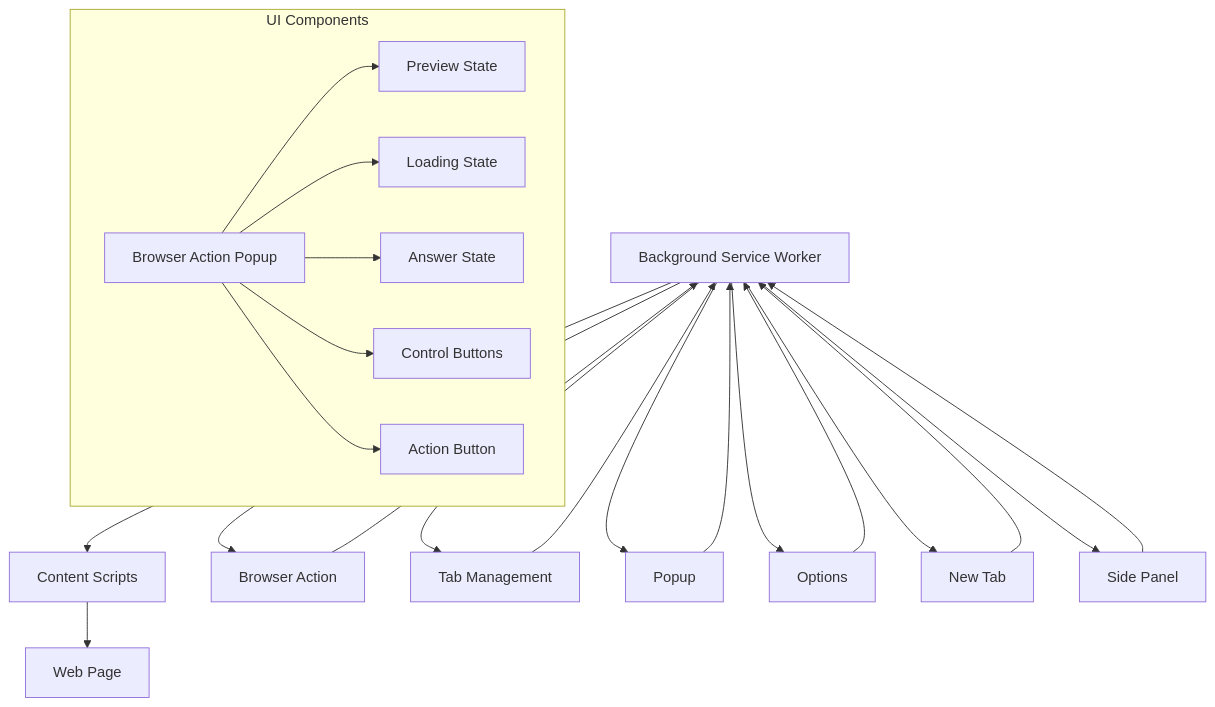
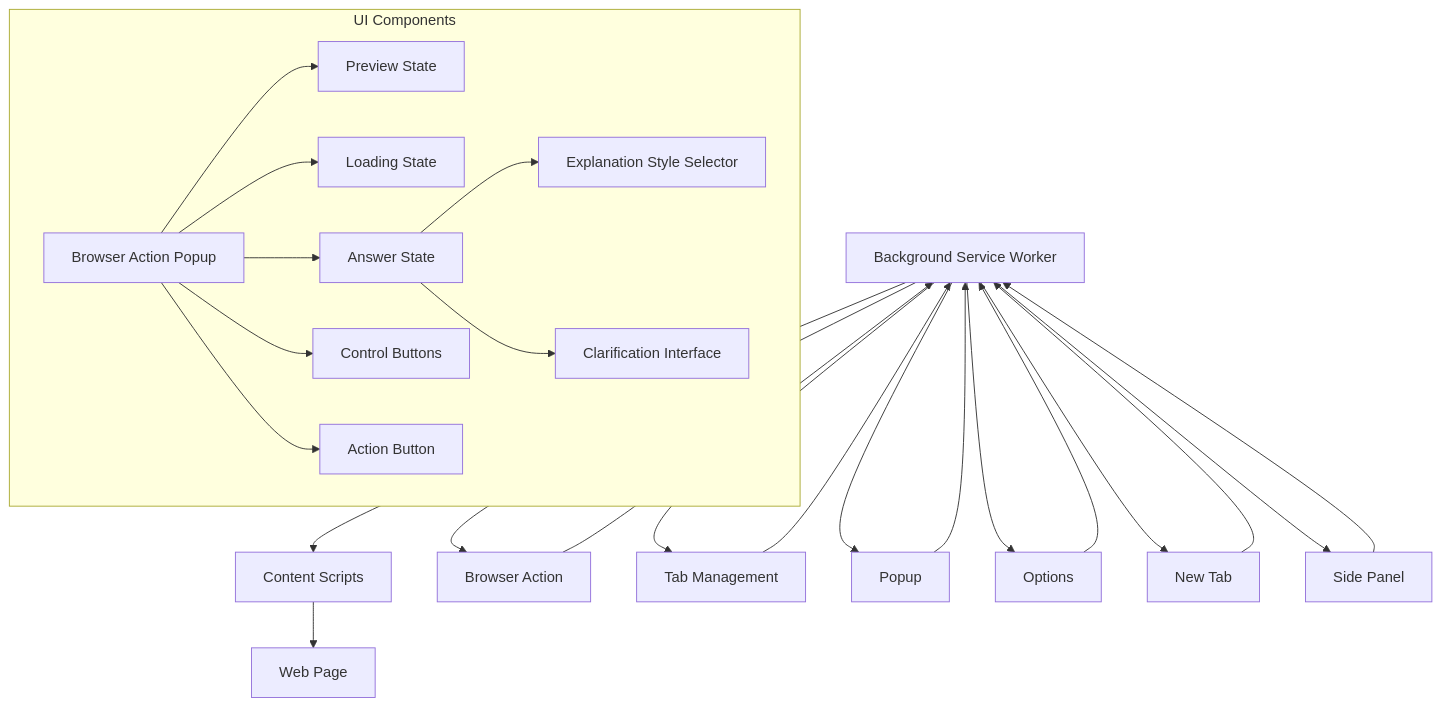
Before and after one commit to denisoed/exara-extension: the diagram in memory-bank/systemPatterns.md, drawn with Mermaid. The commit also changed other lines of this file and 2 other files, not shown here.

Commit message:
refactor: enhance explanation system with new 'analogy' style, optimize message passing

````diff
--- a/memory-bank/systemPatterns.md
+++ b/memory-bank/systemPatterns.md
@@ -109,25 +121,27 @@
 ```mermaid
 graph TD
     A[Background Service Worker] --> B[Content Scripts]
     A --> C[Browser Action]
     A --> D[Tab Management]
     A --> E[Popup]
     A --> F[Options]
     A --> G[New Tab]
     A --> H[Side Panel]
     B --> I[Web Page]
     C --> A
     D --> A
     E --> A
     F --> A
     G --> A
     H --> A
     
     subgraph UI Components
         J[Browser Action Popup] --> K[Preview State]
         J --> L[Loading State]
         J --> M[Answer State]
         J --> N[Control Buttons]
         J --> O[Action Button]
+        M --> P[Explanation Style Selector]
+        M --> Q[Clarification Interface]
     end
 ```
````
